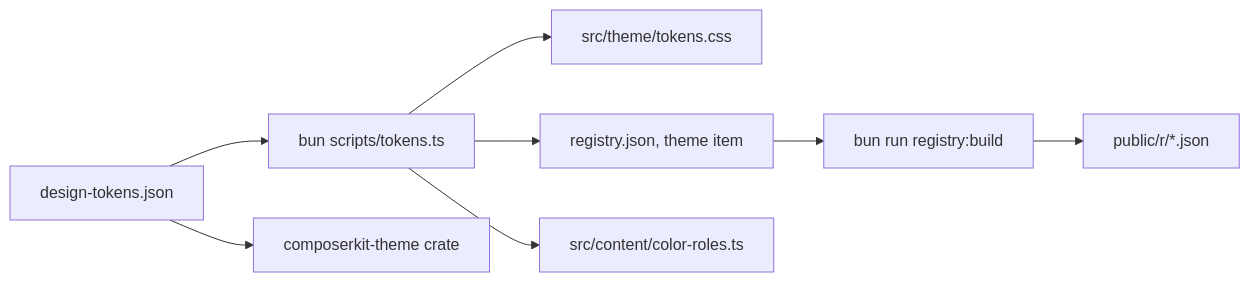
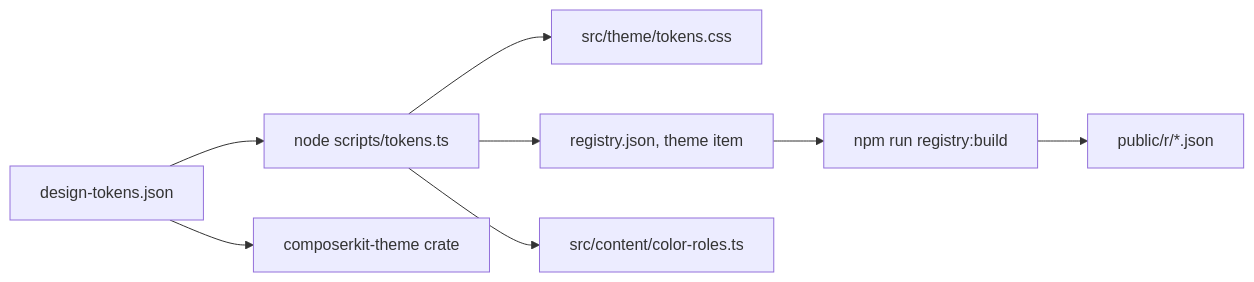
The diagram in CONTRIBUTING.md (bjoernaagaard/ComposerKit), drawn with Mermaid before and after one commit. The commit also changed other lines of this file and 18 other files, not shown here.

First line of the commit message:
build: drop Bun and go back to npm and Node

````diff
--- a/CONTRIBUTING.md
+++ b/CONTRIBUTING.md
@@ -64,10 +64,10 @@
 ```mermaid
 flowchart LR
-    tokens["design-tokens.json"] --> script["bun scripts/tokens.ts"]
+    tokens["design-tokens.json"] --> script["node scripts/tokens.ts"]
     script --> css["src/theme/tokens.css"]
     script --> registry["registry.json, theme item"]
     script --> roles["src/content/color-roles.ts"]
-    registry --> build["bun run registry:build"]
+    registry --> build["npm run registry:build"]
     build --> public["public/r/*.json"]
     tokens --> rust["composerkit-theme crate"]
 ```
````
